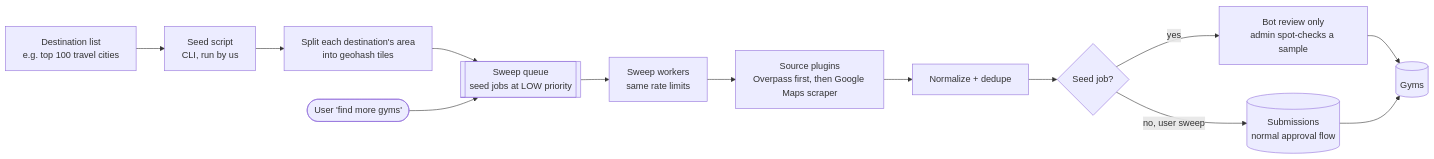
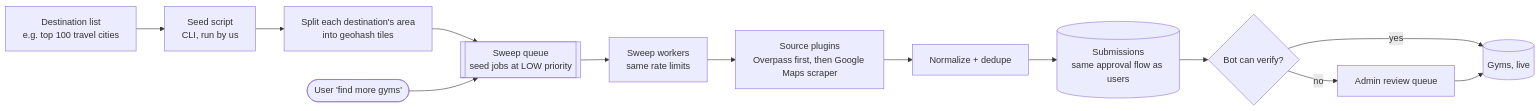
One commit to AbsentLung/TravelApp changed diagram 20 of 21 in DESIGN_DISCUSSION.md. Above: the diagram before and after it, drawn with Mermaid. The commit also changed other lines of this file, not shown here.

First line of the commit message:
Let bot-verified changes skip admin approval

````diff
--- a/DESIGN_DISCUSSION.md
+++ b/DESIGN_DISCUSSION.md
@@ -583,15 +583,15 @@
 ```mermaid
 flowchart LR
     L[Destination list<br/>e.g. top 100 travel cities] --> S[Seed script<br/>CLI, run by us]
     S --> T[Split each destination's area<br/>into geohash tiles]
     T --> QS[["Sweep queue<br/>seed jobs at LOW priority"]]
     U([User 'find more gyms']) --> QS
     QS --> WS[Sweep workers<br/>same rate limits]
     WS --> SRC[Source plugins<br/>Overpass first, then Google Maps scraper]
     SRC --> N[Normalize + dedupe]
-    N --> D{Seed job?}
-    D -->|yes| BR[Bot review only<br/>admin spot-checks a sample]
-    D -->|no, user sweep| SUB[(Submissions<br/>normal approval flow)]
-    BR --> PG[(Gyms)]
-    SUB --> PG
+    N --> SUB[(Submissions<br/>same approval flow as users)]
+    SUB --> BV{Bot can verify?}
+    BV -->|yes| PG[(Gyms, live)]
+    BV -->|no| AD[Admin review queue]
+    AD --> PG
 ```
````
